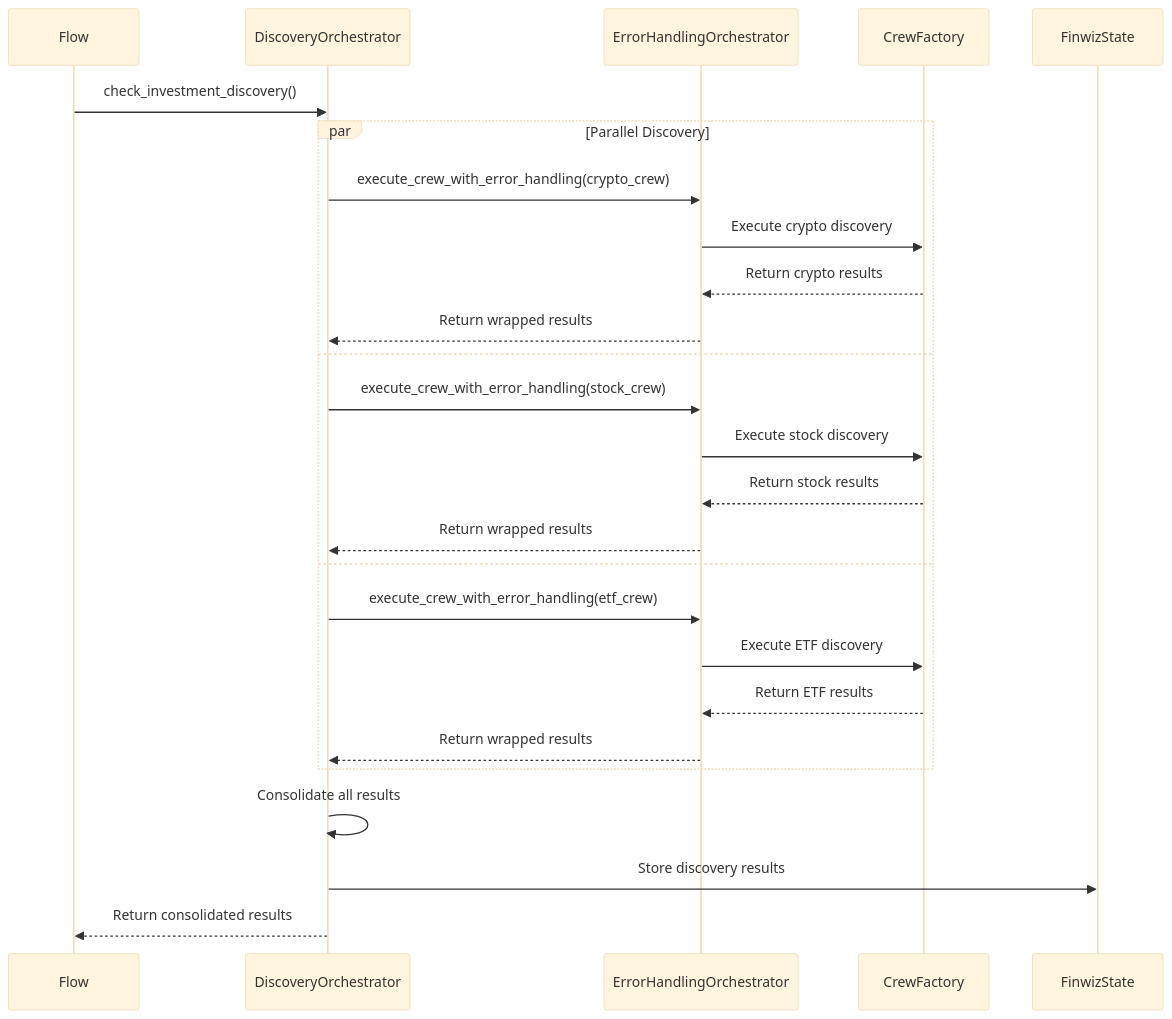
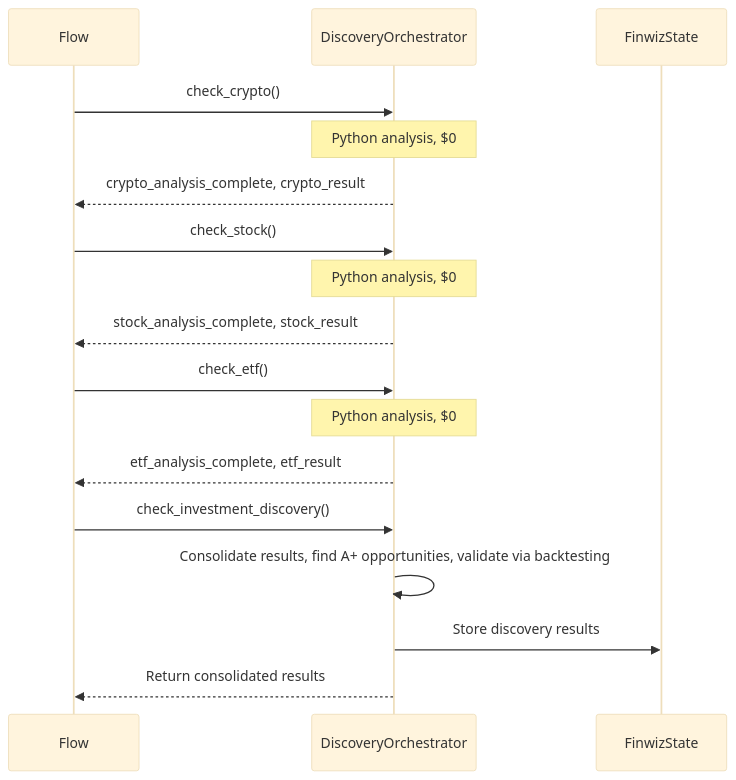
Before and after one commit to fjacquet/finwiz: the fifth of 13 diagrams in docs/explanations/ORCHESTRATOR_INTERACTIONS.md, drawn with Mermaid (base theme). The commit also changed other lines of this file, not shown here.

````diff
--- a/docs/explanations/ORCHESTRATOR_INTERACTIONS.md
+++ b/docs/explanations/ORCHESTRATOR_INTERACTIONS.md
@@ -159,31 +176,23 @@
 ```mermaid
 sequenceDiagram
     participant Flow
     participant Disc as DiscoveryOrchestrator
-    participant Error as ErrorHandlingOrchestrator
-    participant Crew as CrewFactory
     participant State as FinwizState
 
+    Flow->>Disc: check_crypto()
+    Note over Disc: Python analysis, $0
+    Disc-->>Flow: crypto_analysis_complete, crypto_result
+
+    Flow->>Disc: check_stock()
+    Note over Disc: Python analysis, $0
+    Disc-->>Flow: stock_analysis_complete, stock_result
+
+    Flow->>Disc: check_etf()
+    Note over Disc: Python analysis, $0
+    Disc-->>Flow: etf_analysis_complete, etf_result
+
     Flow->>Disc: check_investment_discovery()
-
-    par Parallel Discovery
-        Disc->>Error: execute_crew_with_error_handling(crypto_crew)
-        Error->>Crew: Execute crypto discovery
-        Crew-->>Error: Return crypto results
-        Error-->>Disc: Return wrapped results
-    and
-        Disc->>Error: execute_crew_with_error_handling(stock_crew)
-        Error->>Crew: Execute stock discovery
-        Crew-->>Error: Return stock results
-        Error-->>Disc: Return wrapped results
-    and
-        Disc->>Error: execute_crew_with_error_handling(etf_crew)
-        Error->>Crew: Execute ETF discovery
-        Crew-->>Error: Return ETF results
-        Error-->>Disc: Return wrapped results
-    end
-
-    Disc->>Disc: Consolidate all results
+    Disc->>Disc: Consolidate results, find A+ opportunities, validate via backtesting
     Disc->>State: Store discovery results
     Disc-->>Flow: Return consolidated results
 ```
````
